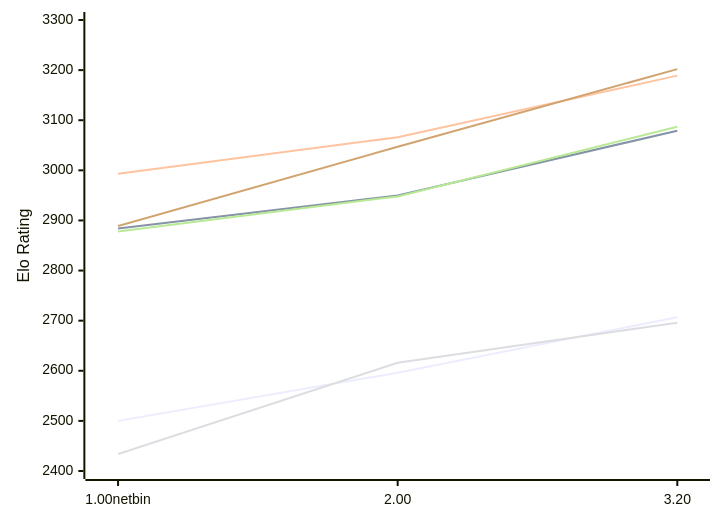
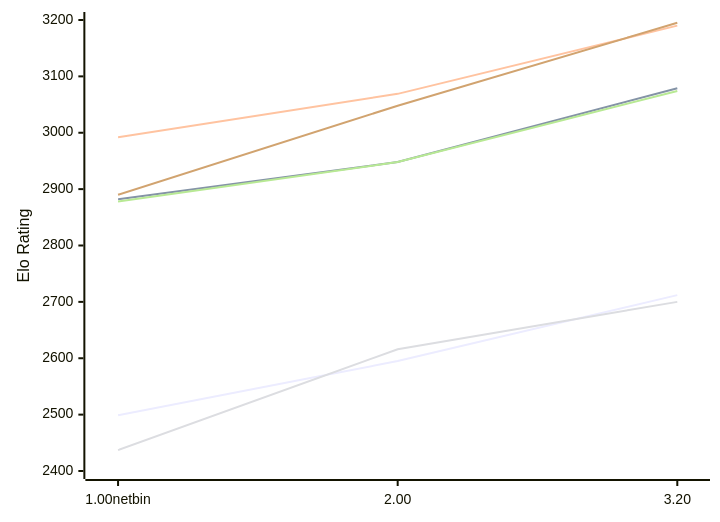
One commit to computer-chess-index/cci changed the first of 2 diagrams in engines/Gilipol.md. Above: the diagram before and after it, drawn with Mermaid. The commit also changed other lines of this file, not shown here.

Commit message:
Update CCI Ratings (ELO VLTC) - 2026-11-28

````diff
--- a/engines/Gilipol.md
+++ b/engines/Gilipol.md
@@ -53,12 +53,12 @@
 ```mermaid
 %%{init: {"theme":"base","themeVariables":{"seriesColors:['#a3a3a3','#222221','#faa371']}}}%%
 xychart-beta
   x-axis ["1.00netbin", "2.00", "3.20"]
-  y-axis "Elo Rating" 2400 --> 3300
-  line "E1: STC (8.0+0.08s)" [2500, 2596, 2707]
-  line "E1: LTC (60.0+0.60s)" [2884, 2950, 3079]
-  line "E1: VLTC (2m24s+1.12s)" [2993, 3066, 3189]
-  line "P1: STC (8.0+0.08s)" [2434, 2616, 2696]
-  line "P1: LTC (60.0+0.60s)" [2878, 2948, 3087]
-  line "P1: VLTC (2m24s+1.12s)" [2889, 3047, 3202]
+  y-axis "Elo Rating" 2400 --> 3200
+  line "E1: STC (8.0+0.08s)" [2499, 2595, 2712]
+  line "E1: LTC (60.0+0.60s)" [2882, 2948, 3079]
+  line "E1: VLTC (2m24s+1.12s)" [2992, 3069, 3190]
+  line "P1: STC (8.0+0.08s)" [2437, 2616, 2700]
+  line "P1: LTC (60.0+0.60s)" [2878, 2948, 3074]
+  line "P1: VLTC (2m24s+1.12s)" [2890, 3048, 3195]
 ```
````
